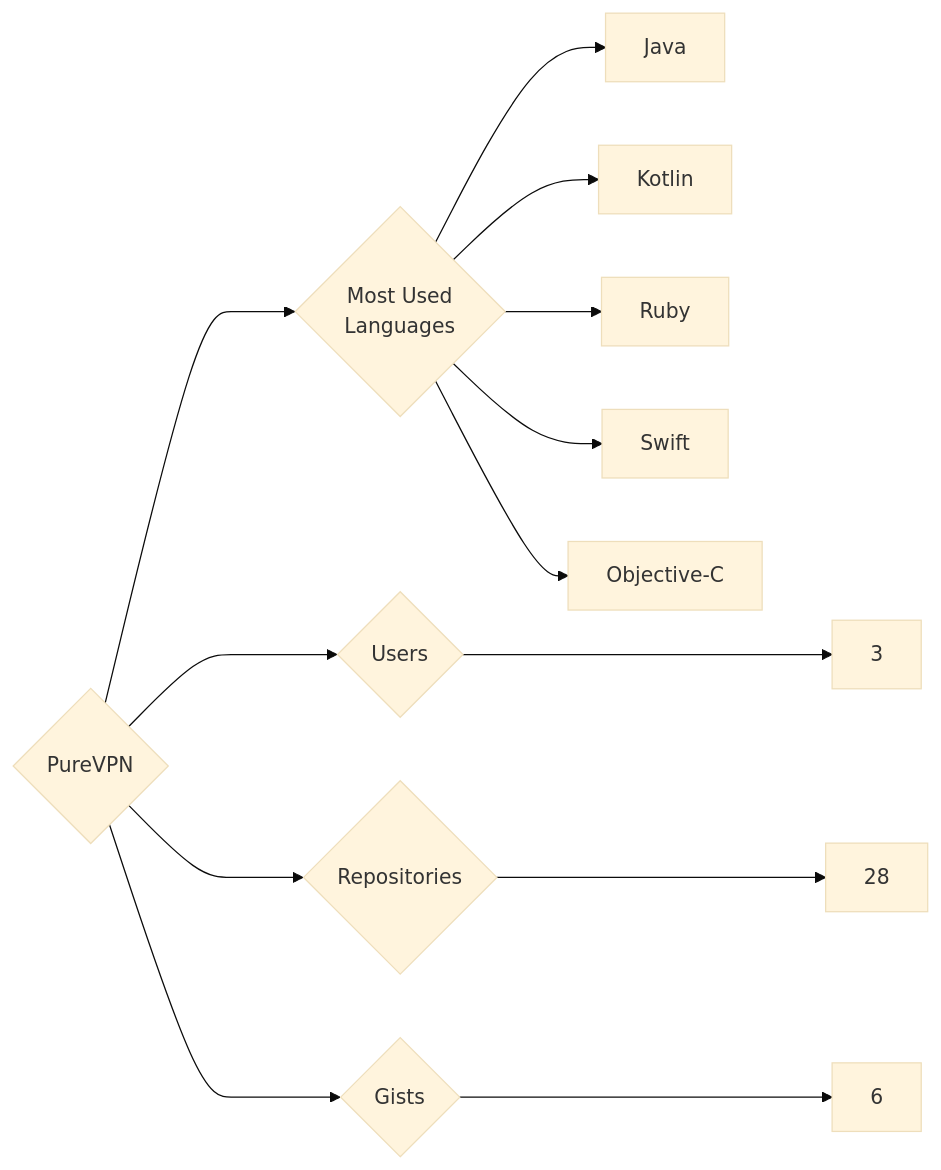
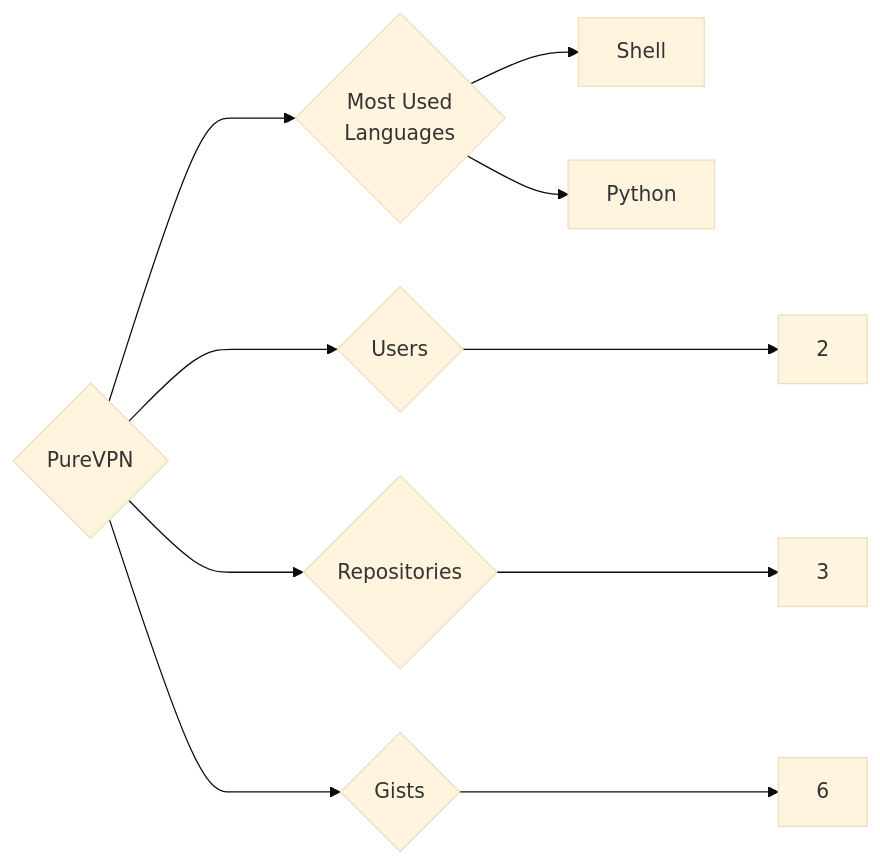
Before and after one commit to trickest/insiders: the diagram in targets/PureVPN/README.md, drawn with Mermaid (base theme). The commit also changed 597 other files, not shown here.

````diff
--- a/targets/PureVPN/README.md
+++ b/targets/PureVPN/README.md
@@ -3,13 +3,10 @@
 ```mermaid
 graph LR
 COMPANY_NAME{PureVPN}
-COMPANY_NAME ---> U{Users} ---> UN[3]
-COMPANY_NAME ---> R{Repositories} ---> RN[28]
+COMPANY_NAME ---> U{Users} ---> UN[2]
+COMPANY_NAME ---> R{Repositories} ---> RN[3]
 COMPANY_NAME ---> G{Gists} ---> GN[6]
 COMPANY_NAME ---> ML{Most Used<br>Languages}
-ML --> Java[Java]
-ML --> Kotlin[Kotlin]
-ML --> Ruby[Ruby]
-ML --> Swift[Swift]
-ML --> Objective-C[Objective-C]
+ML --> Shell[Shell]
+ML --> Python[Python]
 ```
````
